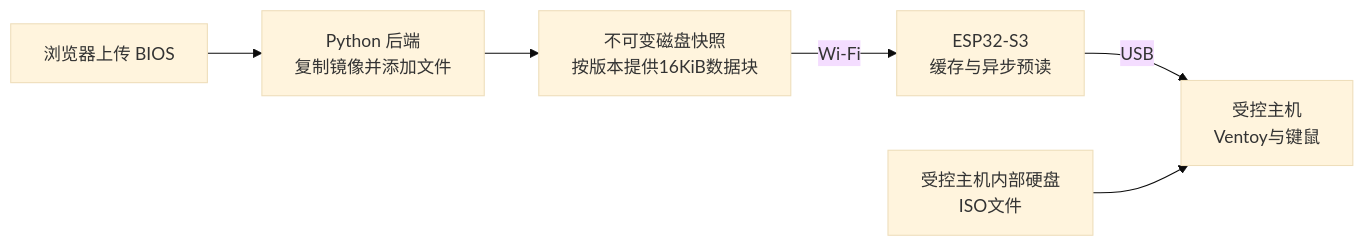
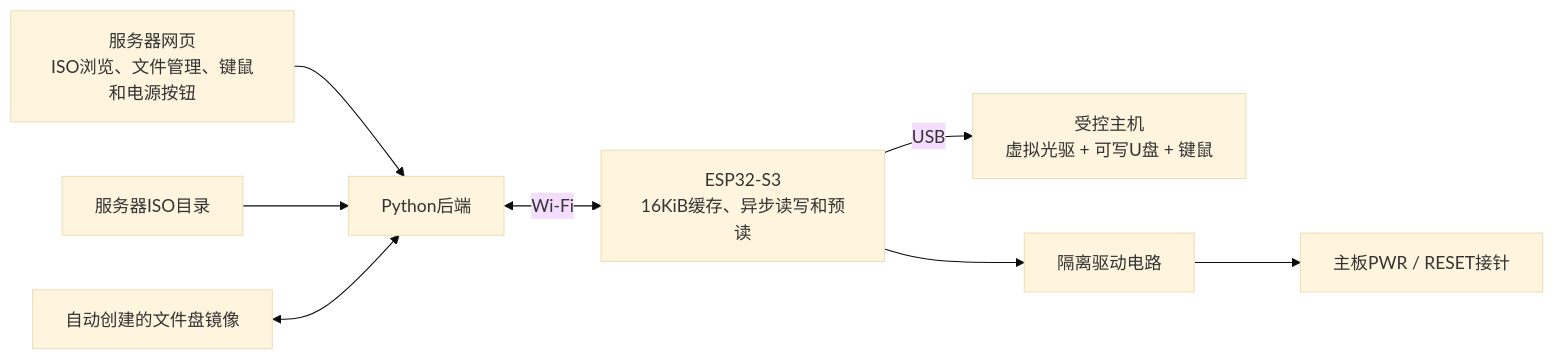
Before and after one commit to kevin249/esp32-s3-wifi2kbnboot: the first of 2 diagrams in README.md, drawn with Mermaid (base theme). The commit also changed other lines of this file and 19 other files, not shown here.

````diff
--- a/README.md
+++ b/README.md
@@ -9,8 +12,10 @@
 ```mermaid
 flowchart LR
-    A["浏览器上传 BIOS"] --> B["Python 后端\n复制镜像并添加文件"]
-    B --> C["不可变磁盘快照\n按版本提供16KiB数据块"]
-    C -->|Wi-Fi| D["ESP32-S3\n缓存与异步预读"]
-    D -->|USB| E["受控主机\nVentoy与键鼠"]
-    F["受控主机内部硬盘\nISO文件"] --> E
+    A["服务器网页\nISO浏览、文件管理、键鼠和电源按钮"] --> B["Python后端"]
+    C["服务器ISO目录"] --> B
+    D["自动创建的文件盘镜像"] <--> B
+    B <-->|Wi-Fi| E["ESP32-S3\n16KiB缓存、异步读写和预读"]
+    E -->|USB| F["受控主机\n虚拟光驱 + 可写U盘 + 键鼠"]
+    E --> G["隔离驱动电路"]
+    G --> H["主板PWR / RESET接针"]
 ```
````
